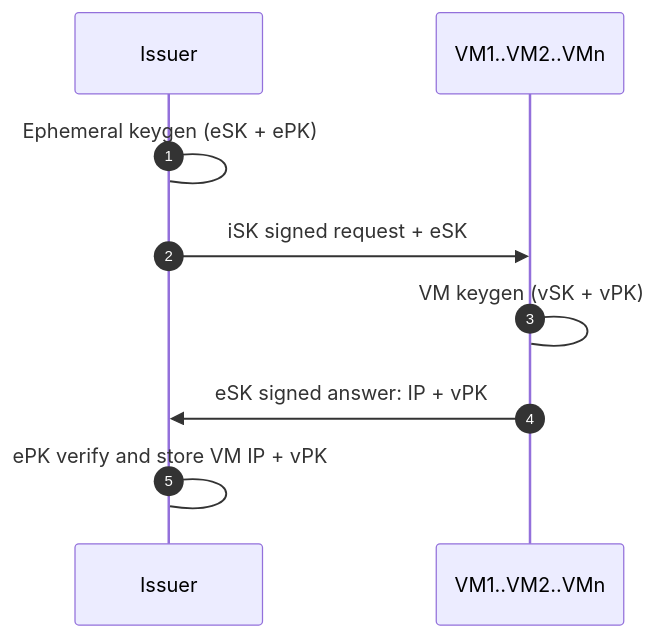
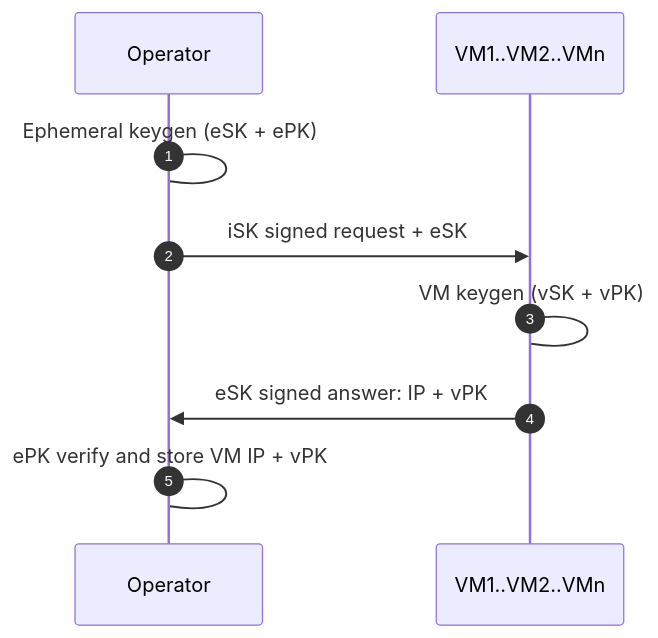
Before and after one commit to dyne/zenswarm-devops: the third of 6 diagrams in docs/Setup.md, drawn with Mermaid. The commit also changed other lines of this file, not shown here.

Commit message:
rename Issuer to Operator

````diff
--- a/docs/Setup.md
+++ b/docs/Setup.md
@@ -61,12 +61,12 @@
 ```mermaid
 sequenceDiagram
 autonumber
-  participant I as Issuer
+  participant O as Operator
   participant V as VM1..VM2..VMn
 
-  I->I: Ephemeral keygen (eSK + ePK)
-  I->>V: iSK signed request + eSK
+  O->O: Ephemeral keygen (eSK + ePK)
+  O->>V: iSK signed request + eSK
   V->V: VM keygen (vSK + vPK)
-  V->>I: eSK signed answer: IP + vPK
-  I->I: ePK verify and store VM IP + vPK
+  V->>O: eSK signed answer: IP + vPK
+  O->O: ePK verify and store VM IP + vPK
 ```
````
